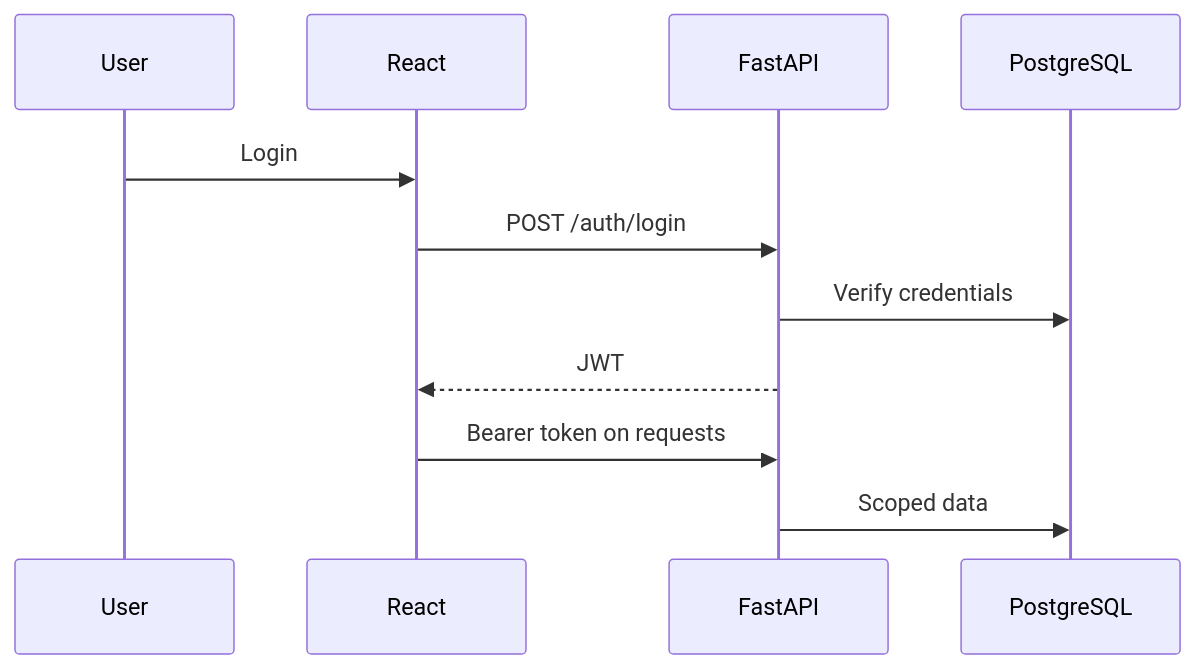
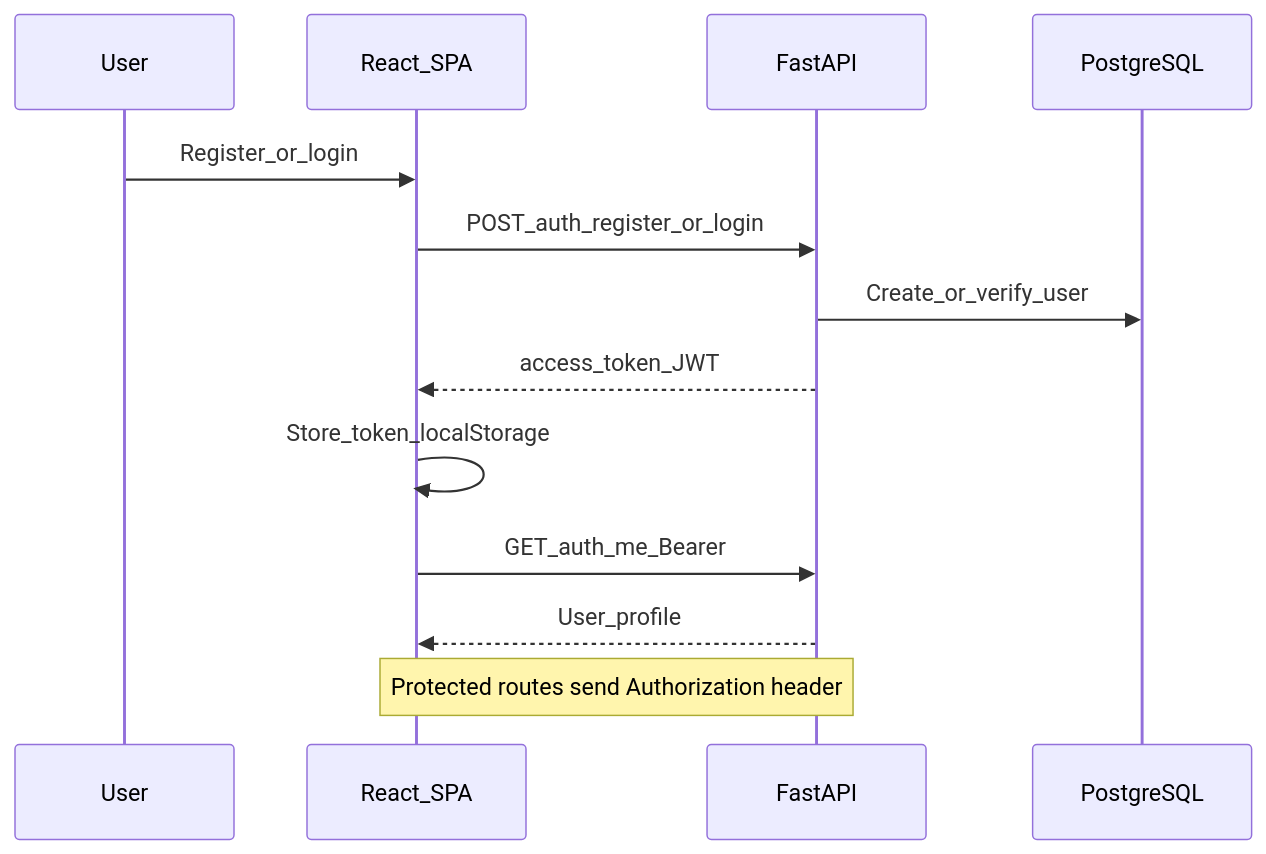
One commit to SHRIYAASK/chatbot-platform_assignment changed the fourth of 8 diagrams in README.md. Above: the diagram before and after it, drawn with Mermaid. The commit also changed other lines of this file and 10 other files, not shown here.

First line of the commit message:
Add Synora landing page and architecture documentation.

````diff
--- a/README.md
+++ b/README.md
@@ -161,13 +188,15 @@
 ```mermaid
 sequenceDiagram
-    participant U as User
-    participant FE as React
+    participant User
+    participant SPA as React_SPA
     participant API as FastAPI
     participant DB as PostgreSQL
-    U->>FE: Login
-    FE->>API: POST /auth/login
-    API->>DB: Verify credentials
-    API-->>FE: JWT
-    FE->>API: Bearer token on requests
-    API->>DB: Scoped data
+    User->>SPA: Register_or_login
+    SPA->>API: POST_auth_register_or_login
+    API->>DB: Create_or_verify_user
+    API-->>SPA: access_token_JWT
+    SPA->>SPA: Store_token_localStorage
+    SPA->>API: GET_auth_me_Bearer
+    API-->>SPA: User_profile
+    Note over SPA,API: Protected routes send Authorization header
 ```
````
